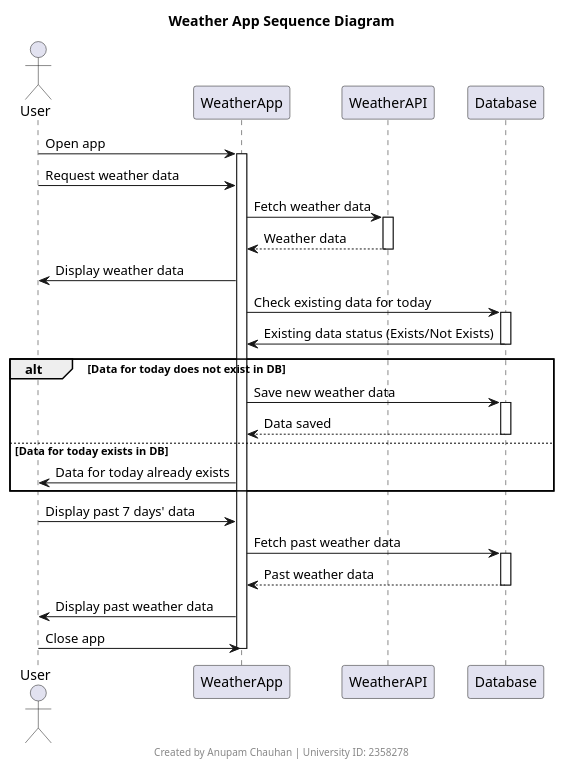
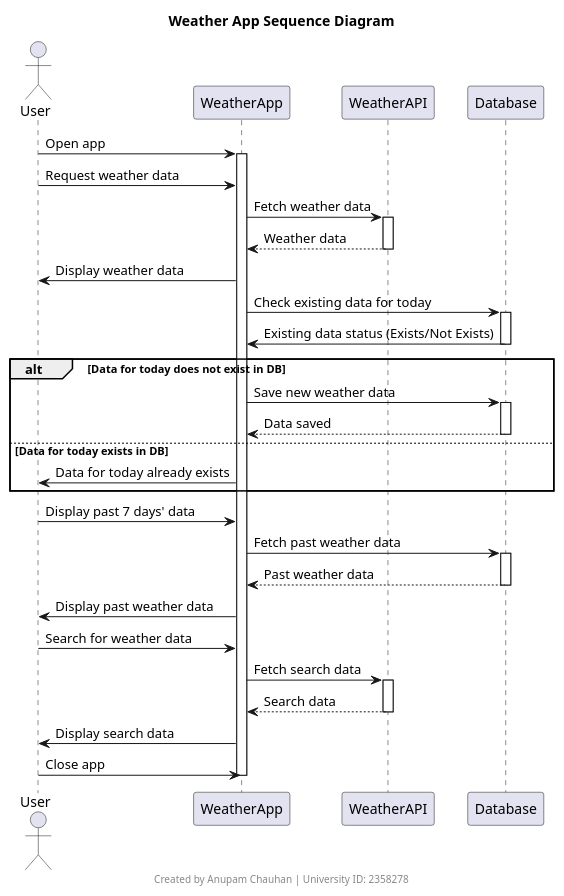
Before and after one commit to luckyklyist/WeatherAPP-ISA-SEM-2: the diagram in uml/seq.puml, drawn with PlantUML. The commit also changed 4 other files, not shown here.

Commit message:
uml diagram updated

```diff
--- a/uml/seq.puml
+++ b/uml/seq.puml
@@ -1,45 +1,53 @@
 @startuml
 title Weather App Sequence Diagram
 footer Created by Anupam Chauhan | University ID: 2358278
 
 actor User
 participant WeatherApp
 participant WeatherAPI
 participant Database
 
 User -> WeatherApp: Open app
 activate WeatherApp
 
 User -> WeatherApp: Request weather data
 WeatherApp -> WeatherAPI: Fetch weather data
 activate WeatherAPI
 WeatherAPI --> WeatherApp: Weather data
 deactivate WeatherAPI
 
 WeatherApp -> User: Display weather data
 
 WeatherApp -> Database: Check existing data for today
 activate Database
 Database -> WeatherApp: Existing data status (Exists/Not Exists)
 deactivate Database
 
 alt Data for today does not exist in DB
     WeatherApp -> Database: Save new weather data
     activate Database
     Database --> WeatherApp: Data saved
     deactivate Database
 else Data for today exists in DB
     WeatherApp -> User: Data for today already exists
 end
 
 User -> WeatherApp: Display past 7 days' data
 WeatherApp -> Database: Fetch past weather data
 activate Database
 Database --> WeatherApp: Past weather data
 deactivate Database
 
 WeatherApp -> User: Display past weather data
 
+User -> WeatherApp: Search for weather data
+WeatherApp -> WeatherAPI: Fetch search data
+activate WeatherAPI
+WeatherAPI --> WeatherApp: Search data
+deactivate WeatherAPI
+
+WeatherApp -> User: Display search data
+
 User -> WeatherApp: Close app
 deactivate WeatherApp
 @enduml
```
